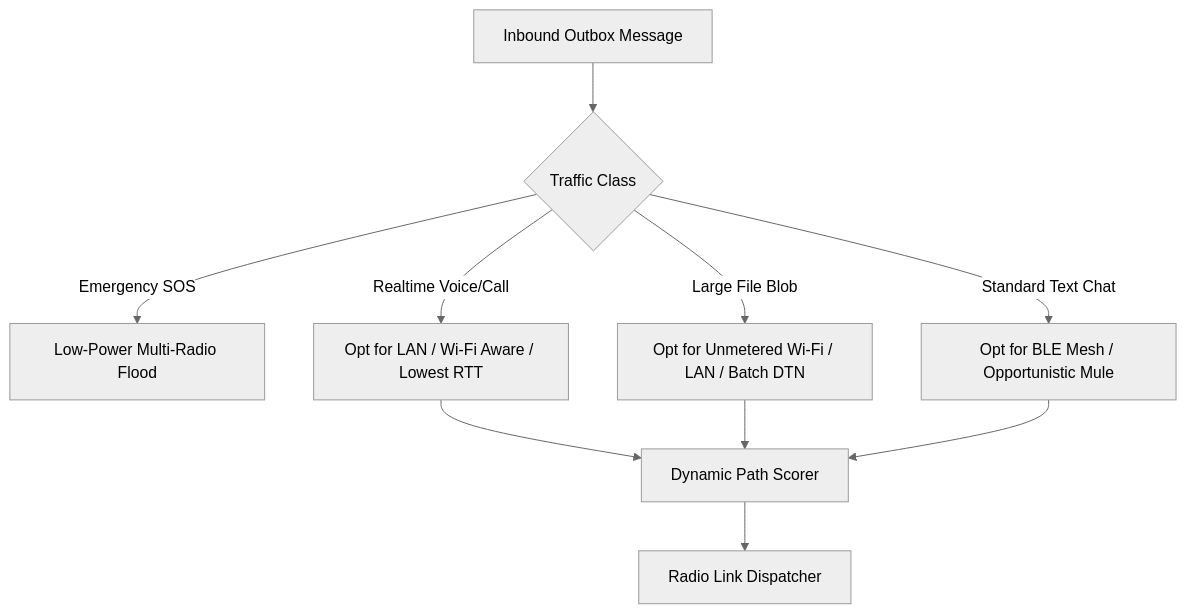
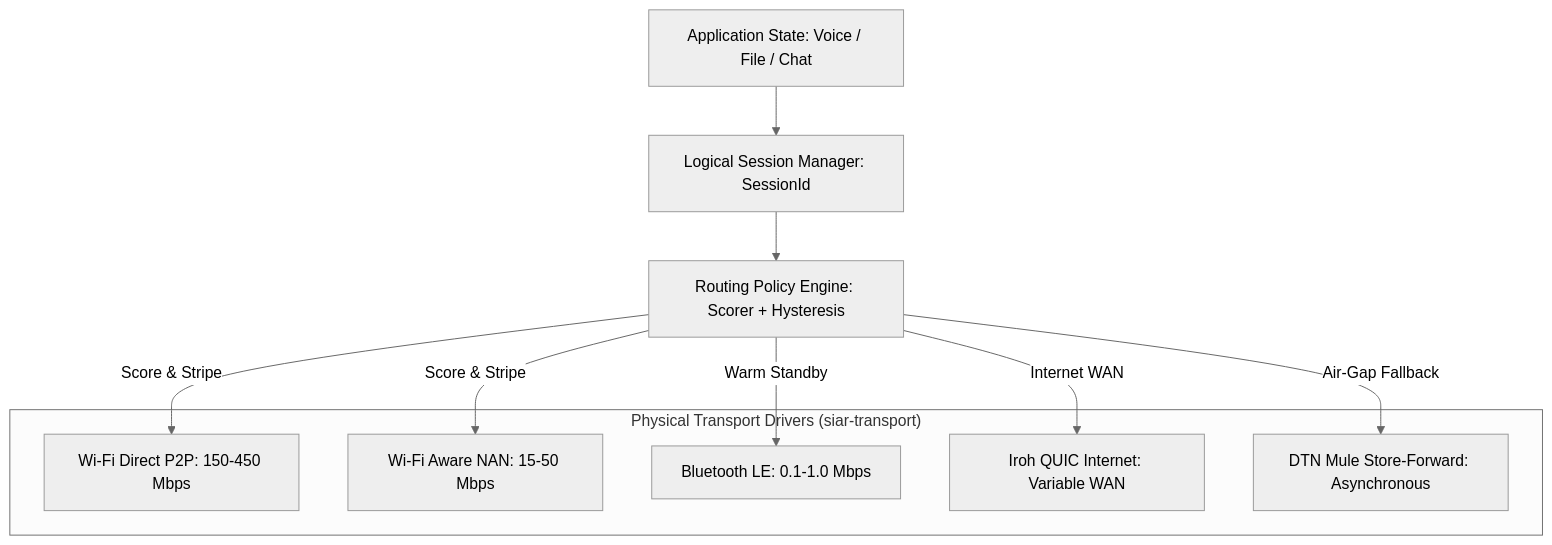
Before and after one commit to irshadali5/siar: the first of 4 diagrams in wiki/04-Autonomous-Routing-and-Policy-Engine.md, drawn with Mermaid (neutral theme). The commit also changed other lines of this file, not shown here.

Commit message:
docs(wiki-04): update autonomous routing and policy engine specification

````diff
--- a/wiki/04-Autonomous-Routing-and-Policy-Engine.md
+++ b/wiki/04-Autonomous-Routing-and-Policy-Engine.md
@@ -23,13 +17,19 @@
 ```mermaid
 graph TD
-    InboundFrame[Inbound Outbox Message] --> Classify{Traffic Class}
-    Classify -->|Emergency SOS| ForceBroadcast[Low-Power Multi-Radio Flood]
-    Classify -->|Realtime Voice/Call| LowLatency[Opt for LAN / Wi-Fi Aware / Lowest RTT]
-    Classify -->|Large File Blob| HighBandwidth[Opt for Unmetered Wi-Fi / LAN / Batch DTN]
-    Classify -->|Standard Text Chat| LowEnergy[Opt for BLE Mesh / Opportunistic Mule]
+    AppLayer[Application State: Voice / File / Chat] --> SessionManager[Logical Session Manager: SessionId]
+    SessionManager --> PolicyEngine[Routing Policy Engine: Scorer + Hysteresis]
     
-    LowLatency --> PathScorer[Dynamic Path Scorer]
-    HighBandwidth --> PathScorer
-    LowEnergy --> PathScorer
-    PathScorer --> Dispatch[Radio Link Dispatcher]
+    subgraph Radios["Physical Transport Drivers (siar-transport)"]
+        WIFI[Wi-Fi Direct P2P: 150-450 Mbps]
+        NAN[Wi-Fi Aware NAN: 15-50 Mbps]
+        BLE[Bluetooth LE: 0.1-1.0 Mbps]
+        QUIC[Iroh QUIC Internet: Variable WAN]
+        DTN[DTN Mule Store-Forward: Asynchronous]
+    end
+    
+    PolicyEngine -->|Score & Stripe| WIFI
+    PolicyEngine -->|Score & Stripe| NAN
+    PolicyEngine -->|Warm Standby| BLE
+    PolicyEngine -->|Internet WAN| QUIC
+    PolicyEngine -->|Air-Gap Fallback| DTN
 ```
````
